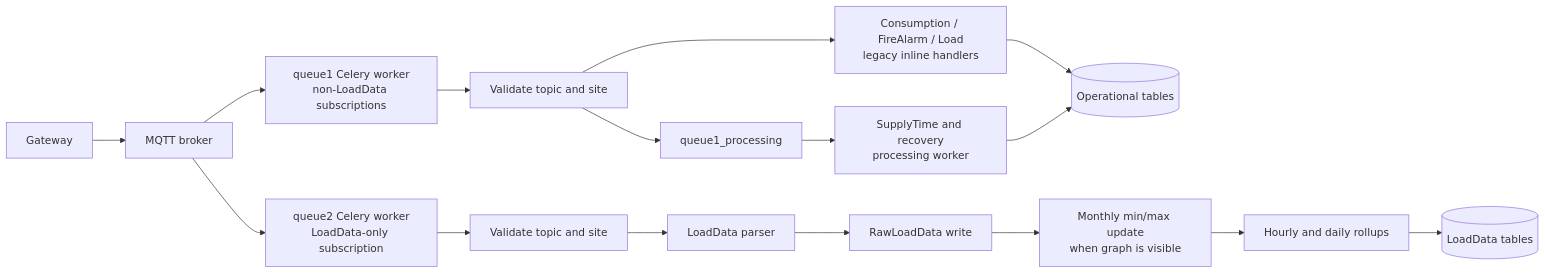
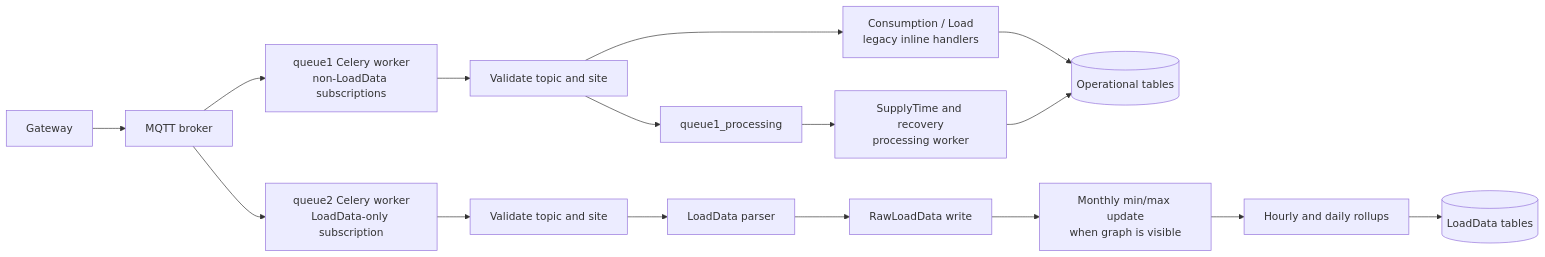
The diagram in MQTT_LOAD_DATA_OPTIMIZATION_COMPLETE.md (ashutoshdubey-aviconn/AVC-backend), drawn with Mermaid before and after one commit. The commit also changed other lines of this file, not shown here.

Commit message:
Document FireAlarm MQTT handoff

````diff
--- a/MQTT_LOAD_DATA_OPTIMIZATION_COMPLETE.md
+++ b/MQTT_LOAD_DATA_OPTIMIZATION_COMPLETE.md
@@ -32,20 +32,20 @@
 ```mermaid
 flowchart LR
     G[Gateway] --> B[MQTT broker]
     B --> Q1[queue1 Celery worker\nnon-LoadData subscriptions]
     B --> Q2[queue2 Celery worker\nLoadData-only subscription]
 
     Q1 --> T1[Validate topic and site]
-    T1 --> C1[Consumption / FireAlarm / Load\nlegacy inline handlers]
+    T1 --> C1[Consumption / Load\nlegacy inline handlers]
     C1 --> DB1[(Operational tables)]
     T1 --> P1[queue1_processing]
     P1 --> S1[SupplyTime and recovery\nprocessing worker]
     S1 --> DB1
 
     Q2 --> T2[Validate topic and site]
     T2 --> P[LoadData parser]
     P --> R[RawLoadData write]
     R --> M[Monthly min/max update\nwhen graph is visible]
     M --> U[Hourly and daily rollups]
     U --> DB2[(LoadData tables)]
 ```
````
